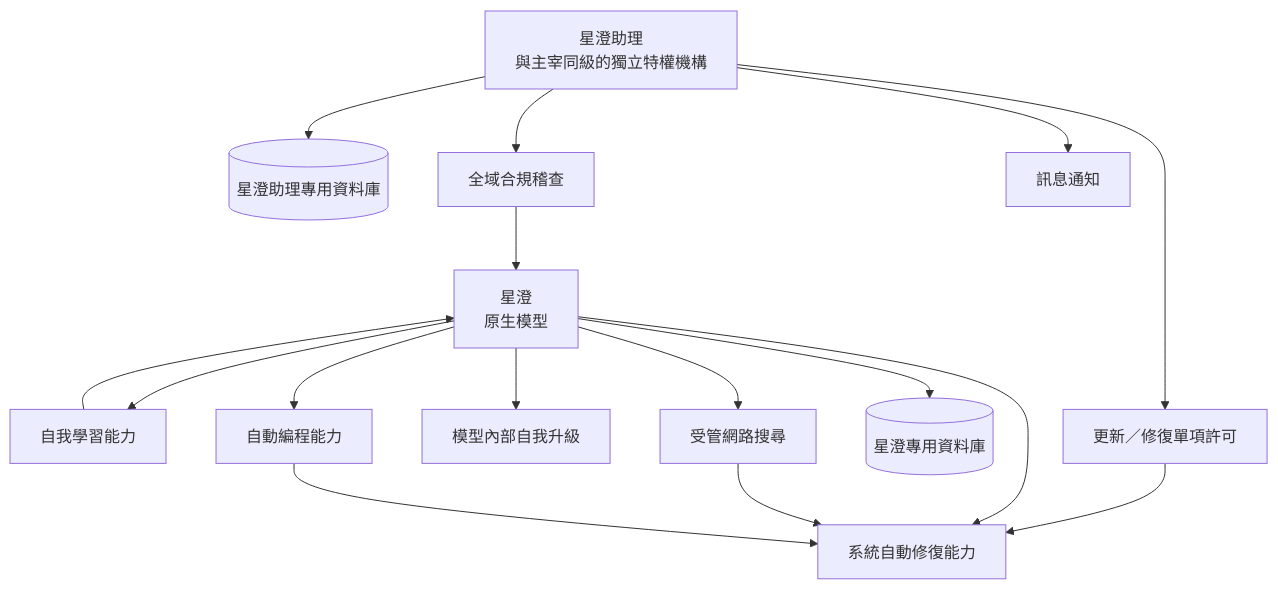
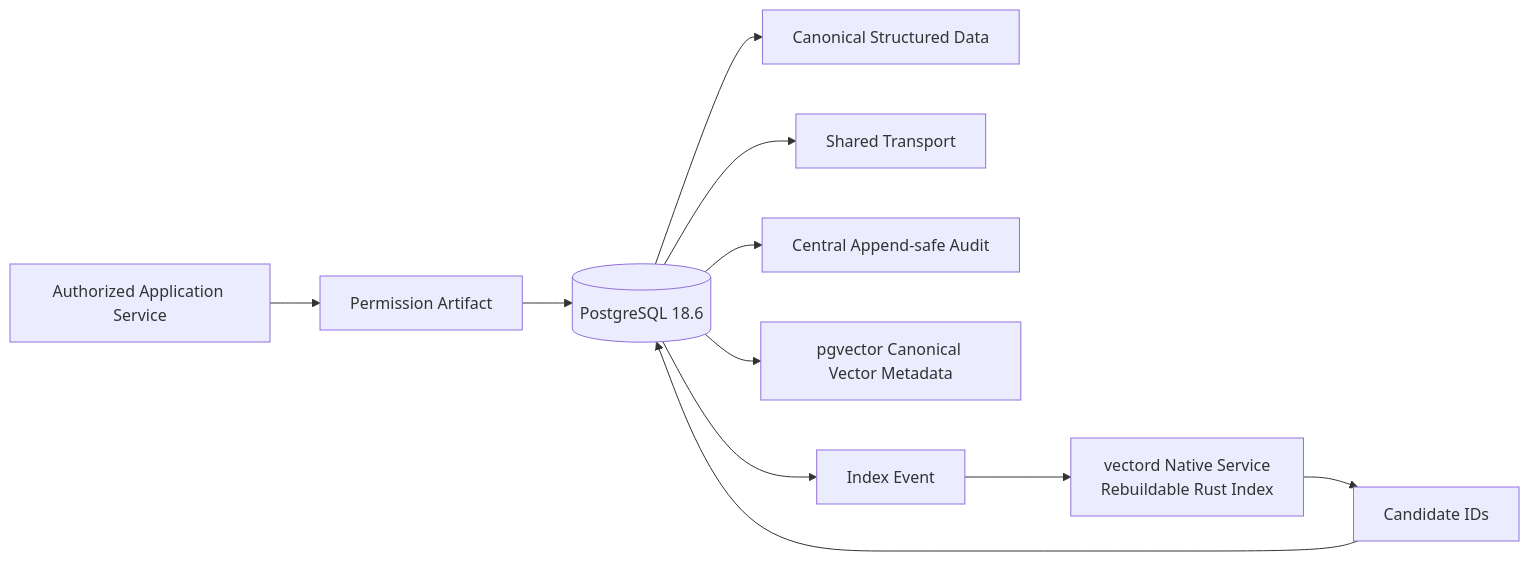
The fourth of 9 diagrams in governance_rule/codex/architecture-project.md (guilty442-source/GPTBridge), drawn with Mermaid before and after one commit. The commit also changed other lines of this file and 14 other files, not shown here.

Commit message:
codex sync 15:00:49Z: zh-TW mirror parts + architecture docs refreshed; formal rule evaluator codes renamed to canonical (_V1 suffix dropped; GO_RUST_NODE->GO_RUST_RUNTIME, JAX_PYTORCH->JAX_FRAMEWORK); release-dependencies pin

````diff
--- a/governance_rule/codex/architecture-project.md
+++ b/governance_rule/codex/architecture-project.md
@@ -162,29 +73,13 @@
 ```mermaid
-flowchart TB
-  XA[星澄助理<br/>與主宰同級的獨立特權機構]
-  XC[星澄<br/>原生模型]
-  LEARN[自我學習能力]
-  CODE[自動編程能力]
-  REPAIR[系統自動修復能力]
-  UPGRADE[模型內部自我升級]
-  WEB[受管網路搜尋]
-  XADB[(星澄助理專用資料庫)]
-  XCDB[(星澄專用資料庫)]
-
-  XA --> AUDIT[全域合規稽查]
-  XA --> NOTICE[訊息通知]
-  XA --> PERMIT[更新／修復單項許可]
-  XA --> XADB
-
-  AUDIT --> XC
-  PERMIT --> REPAIR
-  XC --> LEARN
-  XC --> CODE
-  XC --> REPAIR
-  XC --> UPGRADE
-  XC --> WEB
-  XC --> XCDB
-  LEARN --> XC
-  WEB --> REPAIR
-  CODE --> REPAIR
+flowchart LR
+  APP[Authorized Application Service] --> SEC[Permission Artifact]
+  SEC --> PG[(PostgreSQL 18.6)]
+  PG --> OFFICIAL[Canonical Structured Data]
+  PG --> TRANSPORT[Shared Transport]
+  PG --> AUDIT[Central Append-safe Audit]
+  PG --> VECTOR[pgvector Canonical Vector Metadata]
+  PG --> EVENT[Index Event]
+  EVENT --> VD[vectord Native Service<br/>Rebuildable Rust Index]
+  VD --> IDS[Candidate IDs]
+  IDS --> PG
 ```
````
